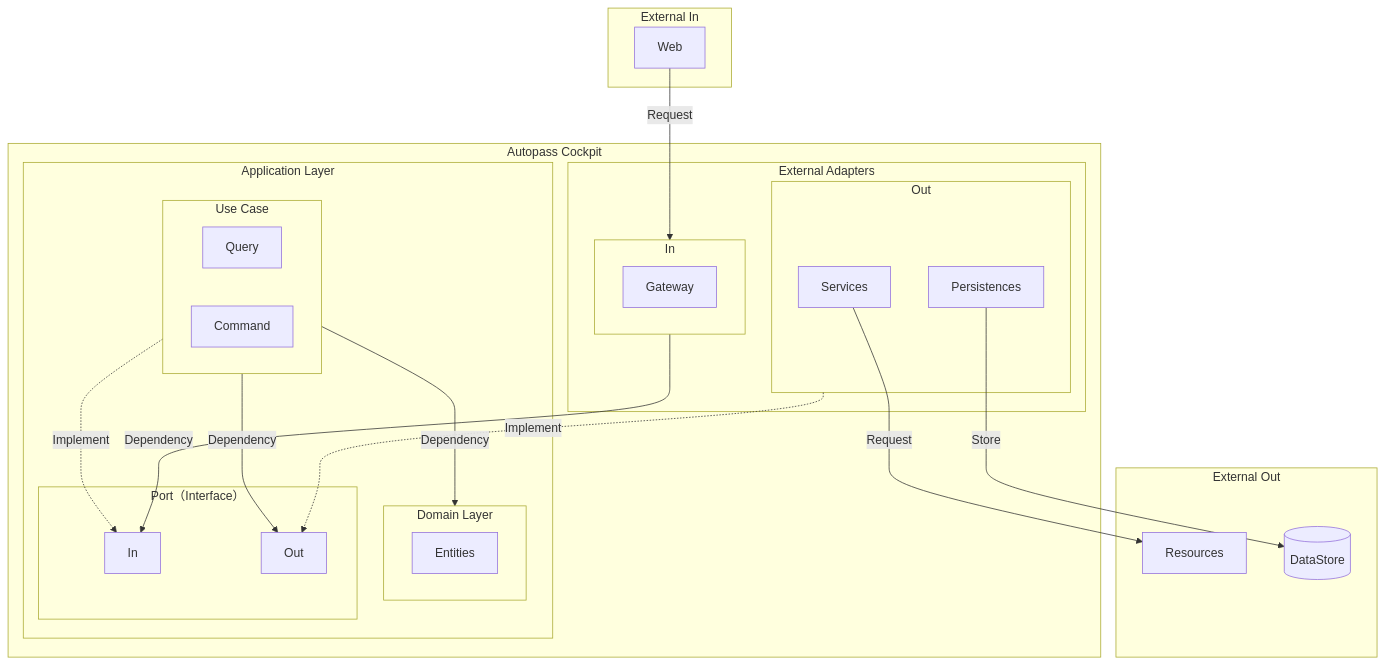
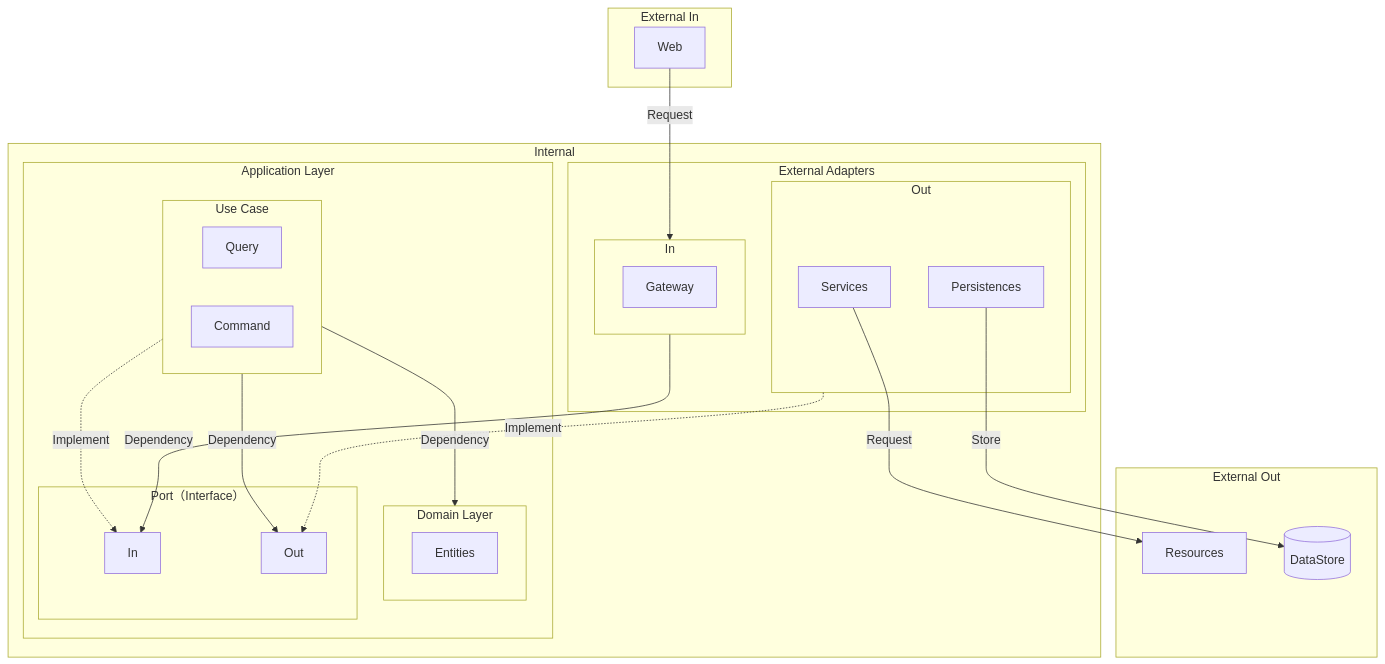
One commit to axuanhogan/system-architecture-notes changed the diagram in README.md. Above: the diagram before and after it, drawn with Mermaid.

````diff
--- a/README.md
+++ b/README.md
@@ -6,47 +6,47 @@
 ```mermaid
   graph TB
-  	subgraph Autopass Cockpit
+  	subgraph Internal
   		subgraph application-layer[Application Layer]
   			subgraph domain-layer[Domain Layer]
   				Entities
   			end
   			subgraph use-case[Use Case]
   				query[Query]
   				command[Command]
   			end
   			subgraph port[Port（Interface）]
   				application-layer-port-in[In]
   				application-layer-port-out[Out]
   			end
   		end
   		
   		subgraph external-adapters[External Adapters]
   			subgraph external-adapters-in[In]
   				external-adapters-in-Gateway[Gateway]
   			end
   			subgraph external-adapters-out[Out]
   				Services
   				Persistences
   			end
   		end
   	end
   		
   	subgraph External Out
   		resources[Resources]
   		data-store[(DataStore)]
   	end
   		
   	subgraph External In
   		web[Web]
   	end
   	
   	use-case -- Dependency --> domain-layer
   	use-case -. Implement .-> application-layer-port-in
   	use-case -- Dependency --> application-layer-port-out
   	external-adapters-in -- Dependency --> application-layer-port-in
   	external-adapters-out -. Implement .-> application-layer-port-out
   	
   	web -- Request --> external-adapters-in
   	Persistences -- Store --> data-store
   	Services -- Request --> resources
 ```
````
